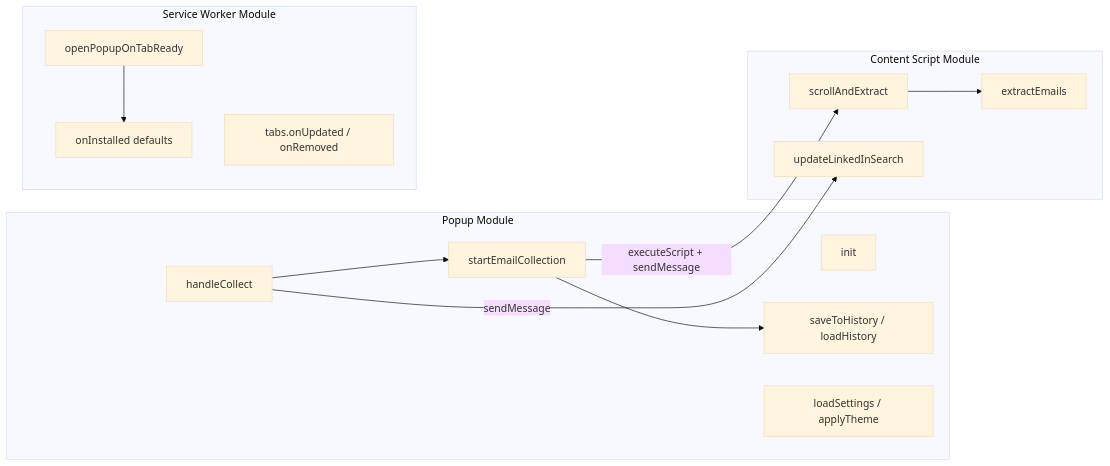
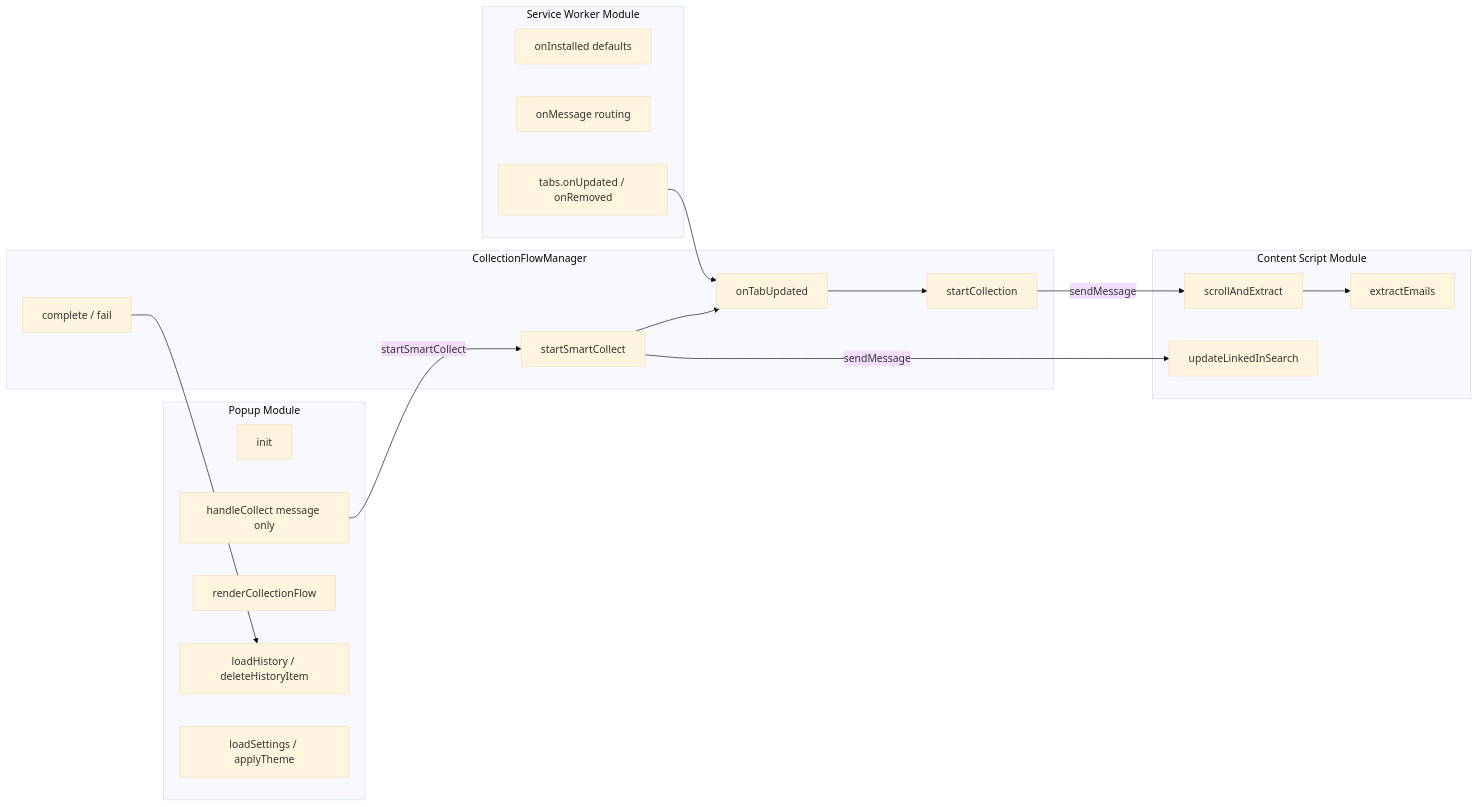
The second of 8 diagrams in docs/ARCHITECTURE.md (yagnesh97/reach-in), drawn with Mermaid (base theme) before and after one commit. The commit also changed other lines of this file and 13 other files, not shown here.

First line of the commit message:
Enhance email collection flow and UI in ReachIn extension

````diff
--- a/docs/ARCHITECTURE.md
+++ b/docs/ARCHITECTURE.md
@@ -118,29 +121,38 @@
 ```mermaid
 flowchart LR
   subgraph popup [Popup Module]
     init[init]
-    handleCollect[handleCollect]
-    startCollection[startEmailCollection]
-    history[saveToHistory / loadHistory]
+    handleCollect[handleCollect message only]
+    renderFlow[renderCollectionFlow]
+    history[loadHistory / deleteHistoryItem]
     settings[loadSettings / applyTheme]
+  end
+
+  subgraph manager [CollectionFlowManager]
+    start[startSmartCollect]
+    onTabUpdated[onTabUpdated]
+    startCollection[startCollection]
+    complete[complete / fail]
   end
 
   subgraph content [Content Script Module]
     scrollExtract[scrollAndExtract]
     extract[extractEmails]
     updateSearch[updateLinkedInSearch]
   end
 
   subgraph background [Service Worker Module]
     onInstalled[onInstalled defaults]
-    popupReady[openPopupOnTabReady]
+    messages[onMessage routing]
     tabLifecycle[tabs.onUpdated / onRemoved]
   end
 
-  handleCollect --> startCollection
-  startCollection -->|executeScript + sendMessage| scrollExtract
-  handleCollect -->|sendMessage| updateSearch
+  handleCollect -->|startSmartCollect| start
+  start --> onTabUpdated
+  onTabUpdated --> startCollection
+  startCollection -->|sendMessage| scrollExtract
+  start -->|sendMessage| updateSearch
   scrollExtract --> extract
-  startCollection --> history
-  popupReady --> onInstalled
+  complete --> history
+  tabLifecycle --> onTabUpdated
 ```
````
